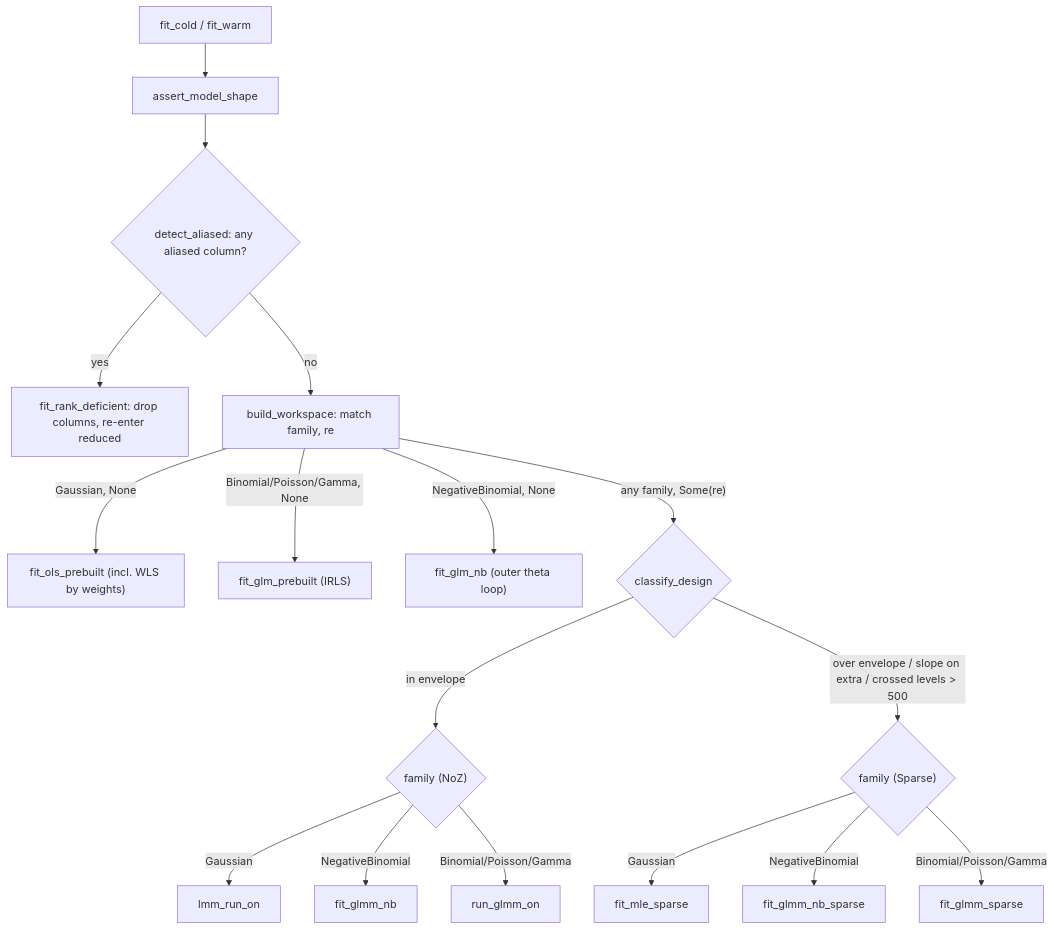
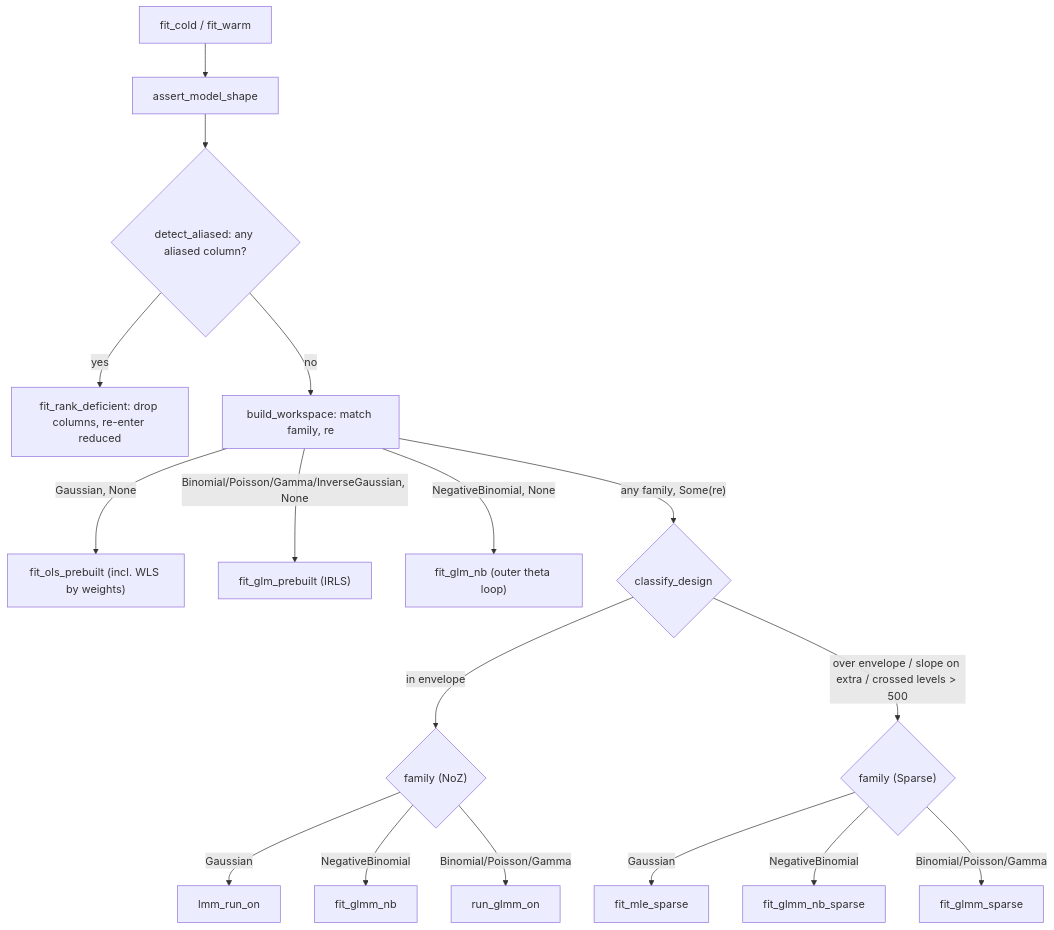
One commit to pawlenartowicz/glmm changed the diagram in documentation/algorithms.md. Above: the diagram before and after it, drawn with Mermaid. The commit also changed other lines of this file and 115 other files, not shown here.

````diff
--- a/documentation/algorithms.md
+++ b/documentation/algorithms.md
@@ -39,23 +39,23 @@
 ```mermaid
 flowchart TD
   E["fit_cold / fit_warm"] --> SH["assert_model_shape"]
   SH --> RD{"detect_aliased: any aliased column?"}
   RD -->|yes| RDF["fit_rank_deficient: drop columns, re-enter reduced"]
   RD -->|no| BW["build_workspace: match family, re"]
 
   BW -->|"Gaussian, None"| OLS["fit_ols_prebuilt (incl. WLS by weights)"]
-  BW -->|"Binomial/Poisson/Gamma, None"| GLM["fit_glm_prebuilt (IRLS)"]
+  BW -->|"Binomial/Poisson/Gamma/InverseGaussian, None"| GLM["fit_glm_prebuilt (IRLS)"]
   BW -->|"NegativeBinomial, None"| GLMNB["fit_glm_nb (outer theta loop)"]
   BW -->|"any family, Some(re)"| CD{"classify_design"}
 
   CD -->|"in envelope"| NZ{"family (NoZ)"}
   CD -->|"over envelope / slope on extra / crossed levels > 500"| SP{"family (Sparse)"}
 
   NZ -->|Gaussian| MLE["lmm_run_on"]
   NZ -->|NegativeBinomial| GNB["fit_glmm_nb"]
   NZ -->|"Binomial/Poisson/Gamma"| GMM["run_glmm_on"]
 
   SP -->|Gaussian| MLES["fit_mle_sparse"]
   SP -->|NegativeBinomial| GNBS["fit_glmm_nb_sparse"]
   SP -->|"Binomial/Poisson/Gamma"| GMMS["fit_glmm_sparse"]
 ```
````
